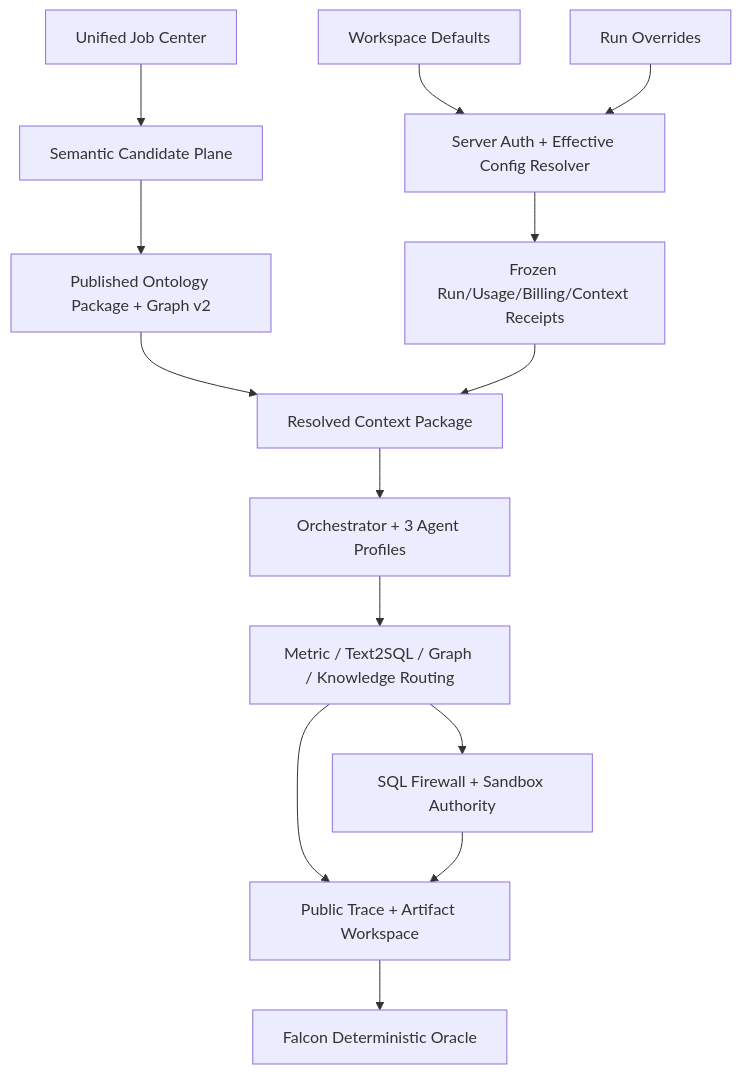
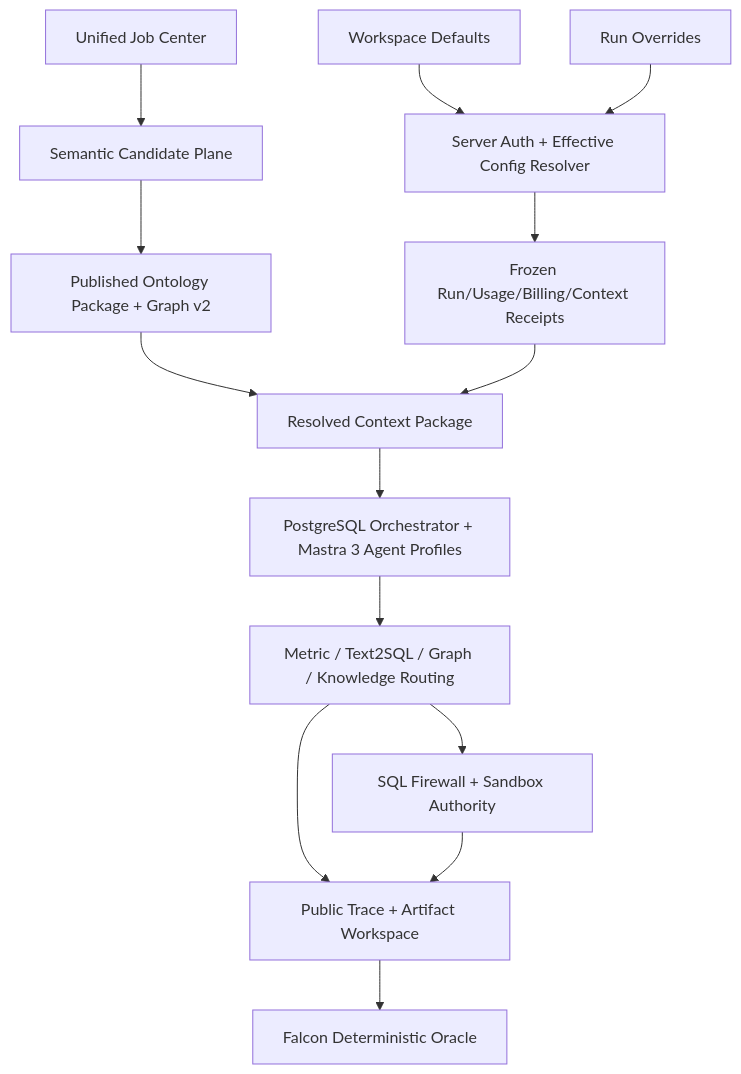
Before and after one commit to LienJack/data-agent: the second of 4 diagrams in docs/plans/2026-08-16-001-feat-datafoundry-coa-migration-plan.md, drawn with Mermaid. The commit also changed other lines of this file, not shown here.

Commit message:
docs: revise DataFoundry plan for greenfield Mastra runtime

````diff
--- a/docs/plans/2026-08-16-001-feat-datafoundry-coa-migration-plan.md
+++ b/docs/plans/2026-08-16-001-feat-datafoundry-coa-migration-plan.md
@@ -400,30 +489,30 @@
 ```mermaid
 flowchart TB
     Defaults["Workspace Defaults"]
     Overrides["Run Overrides"]
     Resolver["Server Auth + Effective Config Resolver"]
     Receipt["Frozen Run/Usage/Billing/Context Receipts"]
     Job["Unified Job Center"]
     Candidate["Semantic Candidate Plane"]
     Release["Published Ontology Package + Graph v2"]
     Context["Resolved Context Package"]
-    Team["Orchestrator + 3 Agent Profiles"]
+    Team["PostgreSQL Orchestrator + Mastra 3 Agent Profiles"]
     Runtime["Metric / Text2SQL / Graph / Knowledge Routing"]
     Firewall["SQL Firewall + Sandbox Authority"]
     Console["Public Trace + Artifact Workspace"]
     Falcon["Falcon Deterministic Oracle"]
 
     Defaults --> Resolver
     Overrides --> Resolver
     Resolver --> Receipt
     Job --> Candidate
     Candidate --> Release
     Release --> Context
     Receipt --> Context
     Context --> Team
     Team --> Runtime
     Runtime --> Firewall
     Runtime --> Console
     Firewall --> Console
     Console --> Falcon
 ```
````
